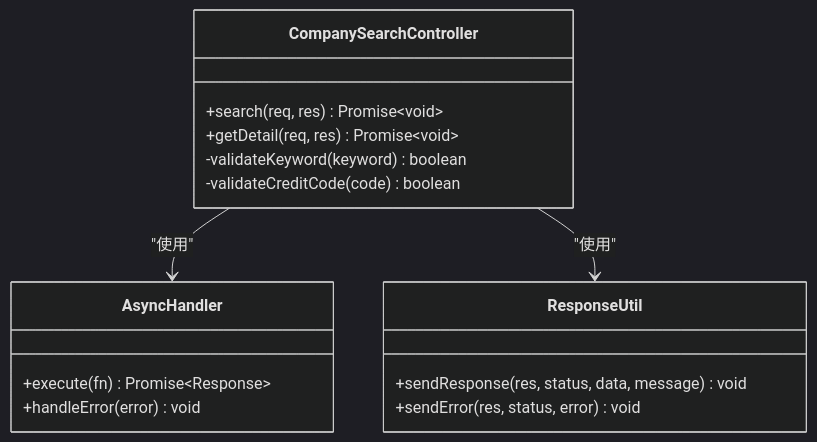
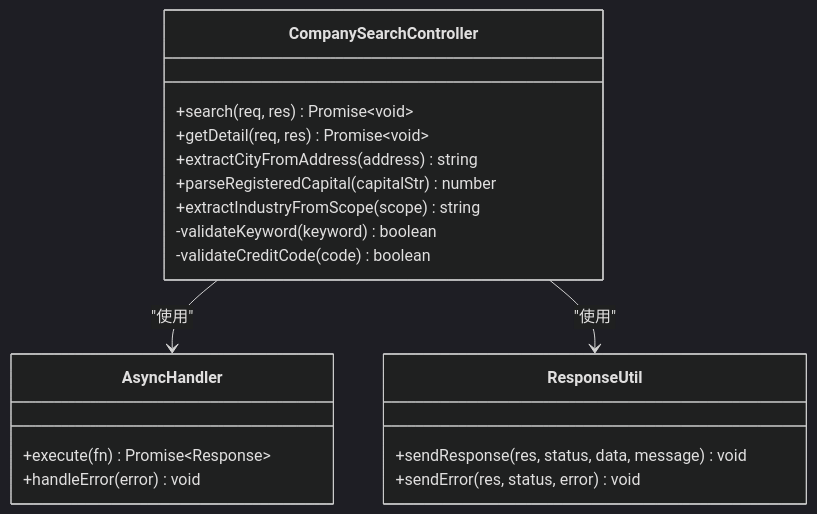
The second of 15 diagrams in .qoder/repowiki/zh/content/核心组件/公司搜索服务.md (xianjianshenqu/SalesFlow-CRM), drawn with Mermaid (dark theme) before and after one commit. The commit also changed other lines of this file and 30 other files, not shown here.

````diff
--- a/.qoder/repowiki/zh/content/核心组件/公司搜索服务.md
+++ b/.qoder/repowiki/zh/content/核心组件/公司搜索服务.md
@@ -113,19 +117,22 @@
 ```mermaid
 classDiagram
 class CompanySearchController {
 +search(req, res) Promise~void~
 +getDetail(req, res) Promise~void~
++extractCityFromAddress(address) string
++parseRegisteredCapital(capitalStr) number
++extractIndustryFromScope(scope) string
 -validateKeyword(keyword) boolean
 -validateCreditCode(code) boolean
 }
 class AsyncHandler {
 +execute(fn) Promise~Response~
 +handleError(error) void
 }
 class ResponseUtil {
 +sendResponse(res, status, data, message) void
 +sendError(res, status, error) void
 }
 CompanySearchController --> AsyncHandler : "使用"
 CompanySearchController --> ResponseUtil : "使用"
 ```
````
